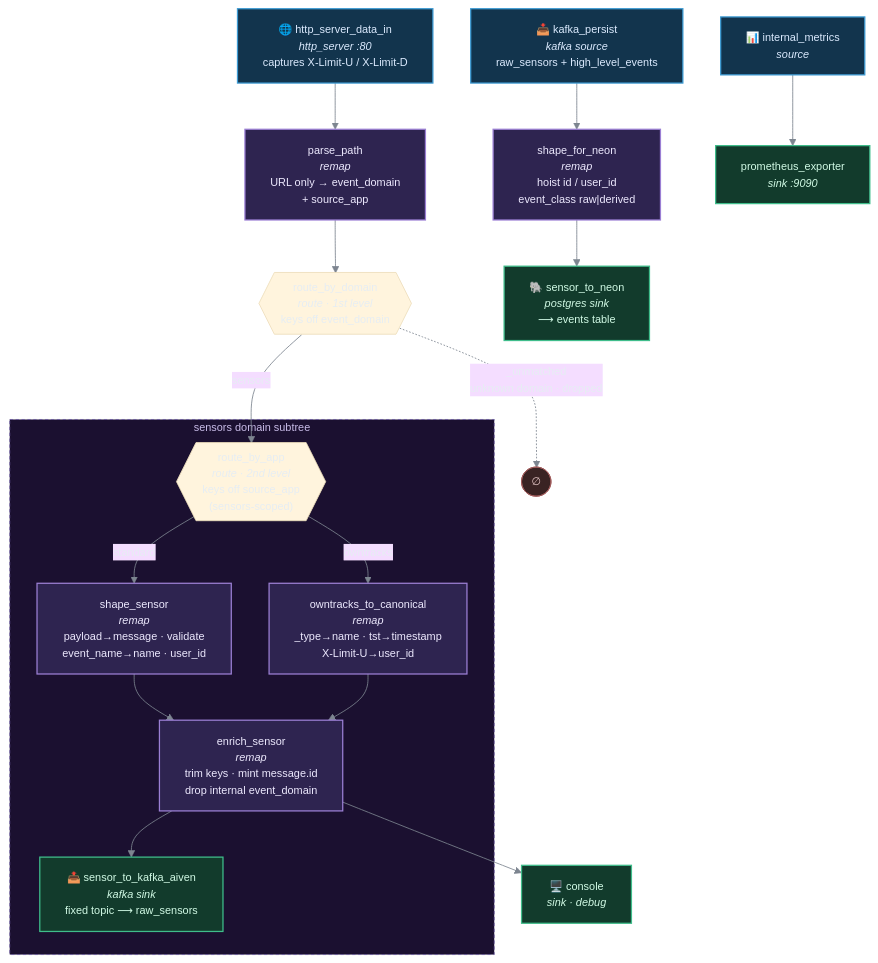
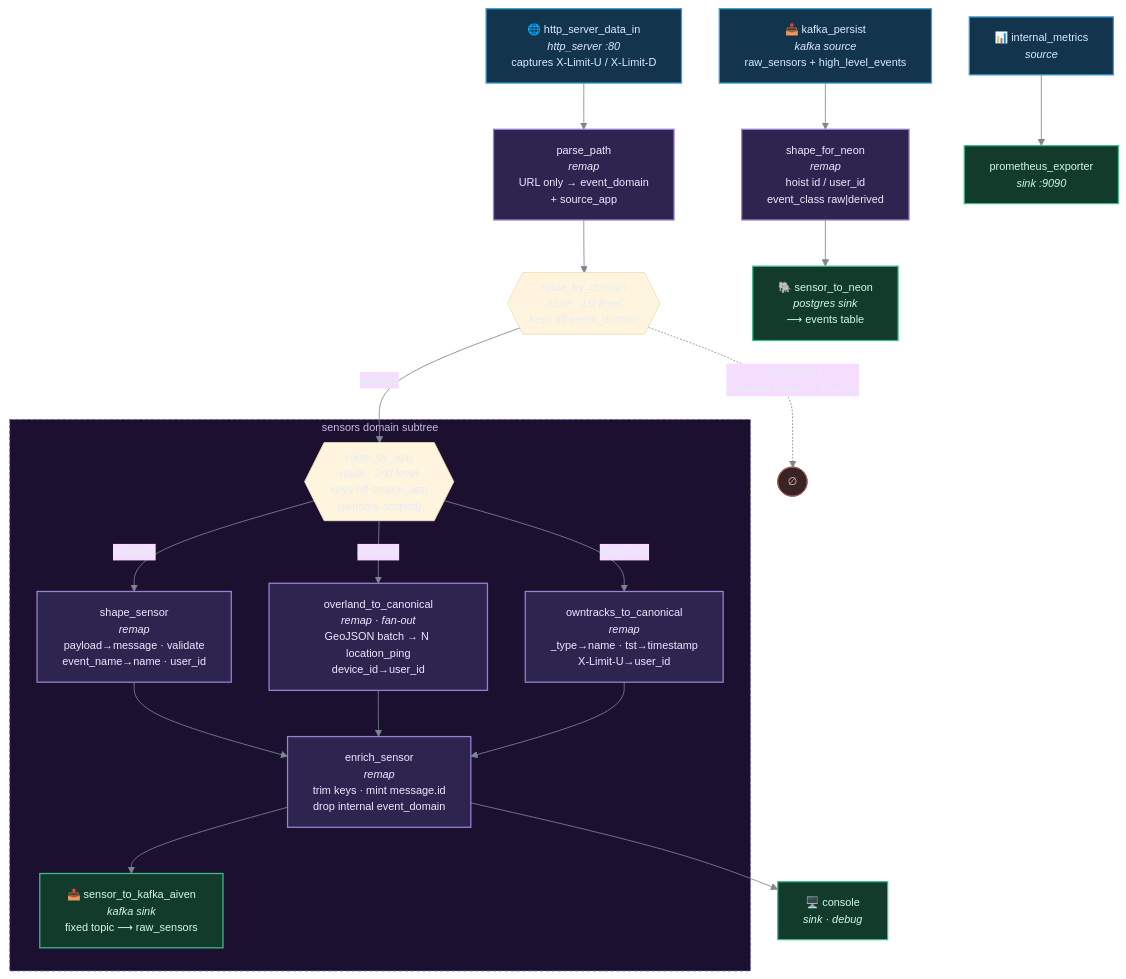
The diagram in doc/vector-pipeline.md (rodis/inference), drawn with Mermaid before and after one commit. The commit also changed other lines of this file and 5 other files, not shown here.

````diff
--- a/doc/vector-pipeline.md
+++ b/doc/vector-pipeline.md
@@ -13,43 +13,46 @@
 ```mermaid
 %%{init: {"theme":"base","themeVariables":{"fontFamily":"ui-monospace, SFMono-Regular, Menlo, monospace","fontSize":"13px","lineColor":"#7d8590","primaryTextColor":"#e6edf3"},"flowchart":{"curve":"basis","nodeSpacing":45,"rankSpacing":55}}}%%
 flowchart TD
     %% ===== INGEST LANE =====
     HTTP["🌐 http_server_data_in<br/><i>http_server :80</i><br/>captures X-Limit-U / X-Limit-D"]:::src
 
     HTTP --> PP["parse_path<br/><i>remap</i><br/>URL only → event_domain<br/>+ source_app"]:::xf
 
     PP --> RBD{{"route_by_domain<br/><i>route · 1st level</i><br/>keys off event_domain"}}
     RBD -.->|"_unmatched<br/>unknown domain · dropped"| DROP(["∅"]):::drop
 
     RBD -->|"sensors"| RBA{{"route_by_app<br/><i>route · 2nd level</i><br/>keys off source_app<br/>(sensors-scoped)"}}
     RBA -->|"owntracks"| OT["owntracks_to_canonical<br/><i>remap</i><br/>_type→name · tst→timestamp<br/>X-Limit-U→user_id"]:::xf
+    RBA -->|"overland"| OL["overland_to_canonical<br/><i>remap · fan-out</i><br/>GeoJSON batch → N location_ping<br/>device_id→user_id"]:::xf
     RBA -->|"standard"| SS["shape_sensor<br/><i>remap</i><br/>payload→message · validate<br/>event_name→name · user_id"]:::xf
 
     SS --> ENR
+    OL --> ENR
     OT --> ENR["enrich_sensor<br/><i>remap</i><br/>trim keys · mint message.id<br/>drop internal event_domain"]:::xf
 
     ENR --> KAFKA["📤 sensor_to_kafka_aiven<br/><i>kafka sink</i><br/>fixed topic ⟶ raw_sensors"]:::sink
     ENR --> CON["🖥️ console<br/><i>sink · debug</i>"]:::sink
 
     subgraph SENSORS ["sensors domain subtree"]
       RBA
       OT
+      OL
       SS
       ENR
       KAFKA
     end
 
     %% ===== PERSIST LANE =====
     KP["📥 kafka_persist<br/><i>kafka source</i><br/>raw_sensors + high_level_events"]:::src
     KP --> SFN["shape_for_neon<br/><i>remap</i><br/>hoist id / user_id<br/>event_class raw|derived"]:::xf
     SFN --> NEON["🐘 sensor_to_neon<br/><i>postgres sink</i><br/>⟶ events table"]:::sink
 
     %% ===== METRICS LANE =====
     IM["📊 internal_metrics<br/><i>source</i>"]:::src --> PROM["prometheus_exporter<br/><i>sink :9090</i>"]:::sink
 
     classDef src fill:#12344d,stroke:#3d9bd4,stroke-width:1.5px,color:#dbeafe
     classDef xf fill:#2e2450,stroke:#9b7fd4,stroke-width:1.5px,color:#ede9fe
     classDef sink fill:#123b2c,stroke:#3fbd8b,stroke-width:1.5px,color:#d1fae5
     classDef drop fill:#3a2323,stroke:#a05a5a,stroke-width:1px,color:#e8c9c9
     style SENSORS fill:#1b1030,stroke:#6b5a9e,stroke-width:1px,stroke-dasharray:4 3,color:#c9bce8
 ```
````
